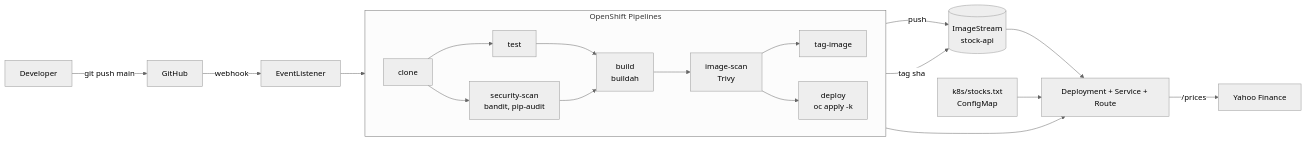
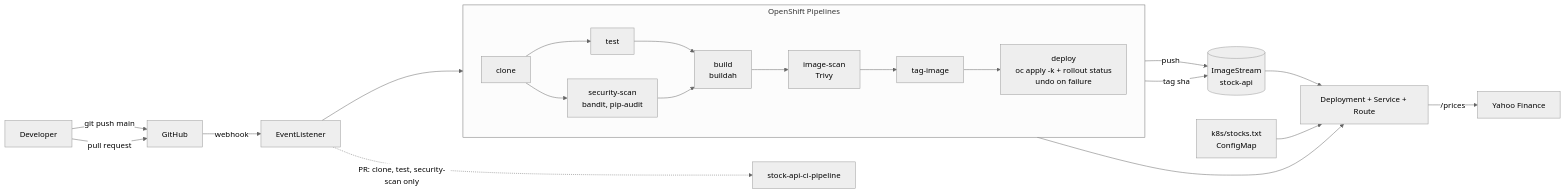
Before and after one commit to andsidor/Openshift-CICD: the first of 2 diagrams in README.md, drawn with Mermaid (neutral theme). The commit also changed other lines of this file and 1 other file, not shown here.

Commit message:
Update README diagram and pipeline flow

````diff
--- a/README.md
+++ b/README.md
@@ -19,22 +19,24 @@
 ```mermaid
 flowchart LR
     Dev[Developer] -->|git push main| GH[GitHub]
+    Dev -->|pull request| GH
     GH -->|webhook| EL[EventListener]
+    EL -.->|PR: clone, test, security-scan only| CI[stock-api-ci-pipeline]
     EL --> C
     subgraph Tekton[OpenShift Pipelines]
         direction LR
         C[clone] --> T[test]
         C --> S["security-scan<br/>bandit, pip-audit"]
         T --> B["build<br/>buildah"]
         S --> B
         B --> I["image-scan<br/>Trivy"]
         I --> TG[tag-image]
-        I --> D["deploy<br/>oc apply -k"]
+        TG --> D["deploy<br/>oc apply -k + rollout status<br/>undo on failure"]
     end
     B -->|push| REG[("ImageStream<br/>stock-api")]
     TG -->|tag sha| REG
     D --> APP["Deployment + Service + Route"]
     REG --> APP
     CM["k8s/stocks.txt<br/>ConfigMap"] --> APP
     APP -->|/prices| Y[Yahoo Finance]
 ```
````
